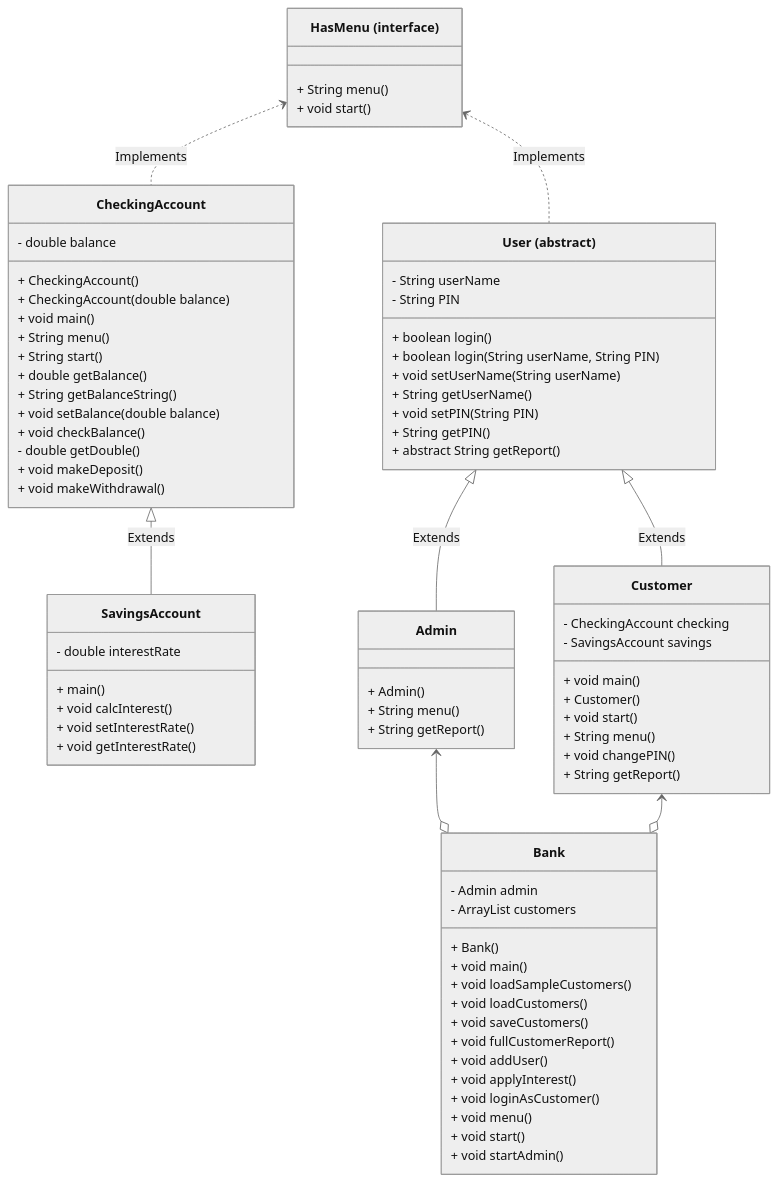
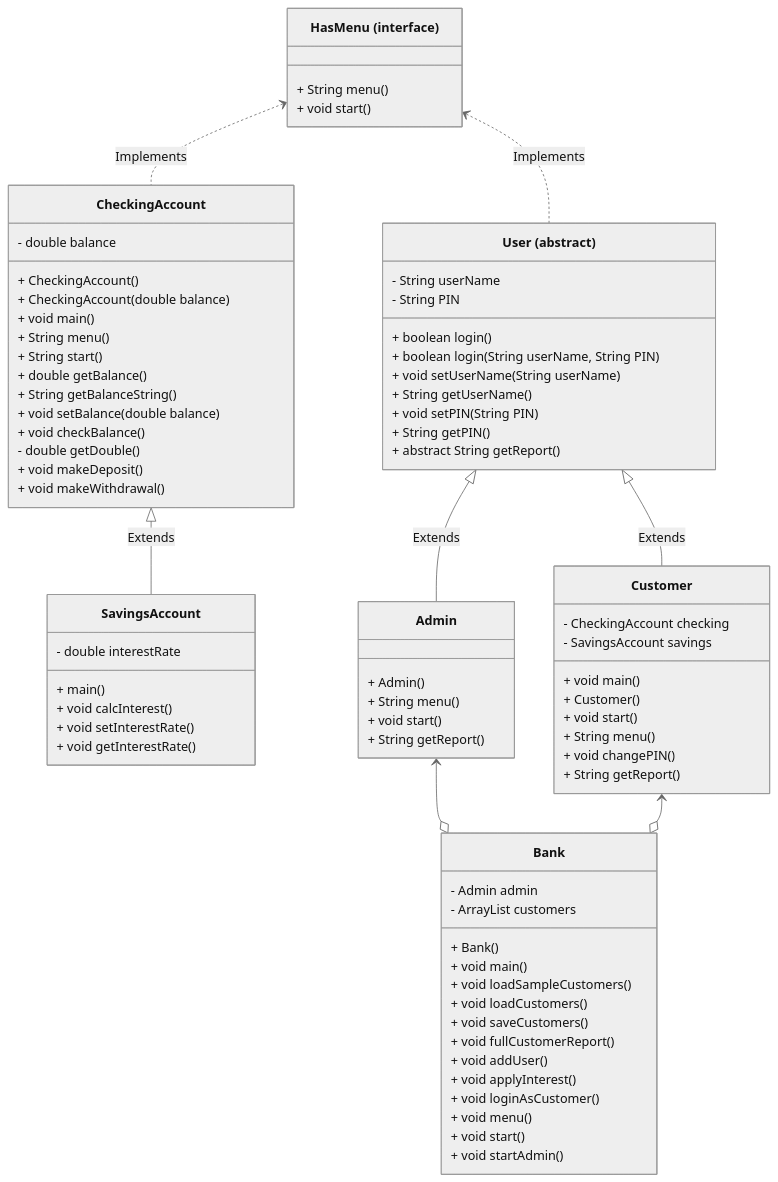
The diagram in README.md (abbykeck/CS121BankOnIt), drawn with Mermaid (neutral theme) before and after one commit. The commit also changed other lines of this file, not shown here.

````diff
--- a/README.md
+++ b/README.md
@@ -3,78 +3,79 @@
 ```mermaid
 classDiagram
 class HasMenu["HasMenu (interface)"] {
     + String menu()
     + void start()
 }
 class CheckingAccount {
     - double balance
     + CheckingAccount()
     + CheckingAccount(double balance)
     + void main()
     + String menu()
     + String start()
     + double getBalance()
     + String getBalanceString()
     + void setBalance(double balance)
     + void checkBalance()
     - double getDouble()
     + void makeDeposit()
     + void makeWithdrawal()
 }
 class SavingsAccount {
     - double interestRate
     + main()
     + void calcInterest()
     + void setInterestRate()
     + void getInterestRate()
 }
 class User["User (abstract)"] {
     - String userName
     - String PIN
     + boolean login()
     + boolean login(String userName, String PIN)
     + void setUserName(String userName)
     + String getUserName()
     + void setPIN(String PIN)
     + String getPIN()
     + abstract String getReport()
 }
 class Customer {
     - CheckingAccount checking
     - SavingsAccount savings
     + void main()
     + Customer()
     + void start()
     + String menu()
     + void changePIN()
     + String getReport()
 }
 class Admin {
     + Admin()
     + String menu()
+    + void start()
     + String getReport()
 }
 class Bank {
     - Admin admin
     - ArrayList customers
     + Bank()
     + void main()
     + void loadSampleCustomers()
     + void loadCustomers()
     + void saveCustomers()
     + void fullCustomerReport()
     + void addUser()
     + void applyInterest()
     + void loginAsCustomer()
     + void menu()
     + void start()
     + void startAdmin()
 }
 CheckingAccount <|-- SavingsAccount : Extends
 HasMenu <.. CheckingAccount : Implements
 HasMenu <.. User : Implements
 User <|-- Customer : Extends
 User <|-- Admin : Extends
 Admin <--o Bank
 Customer <--o Bank
 ```
````
